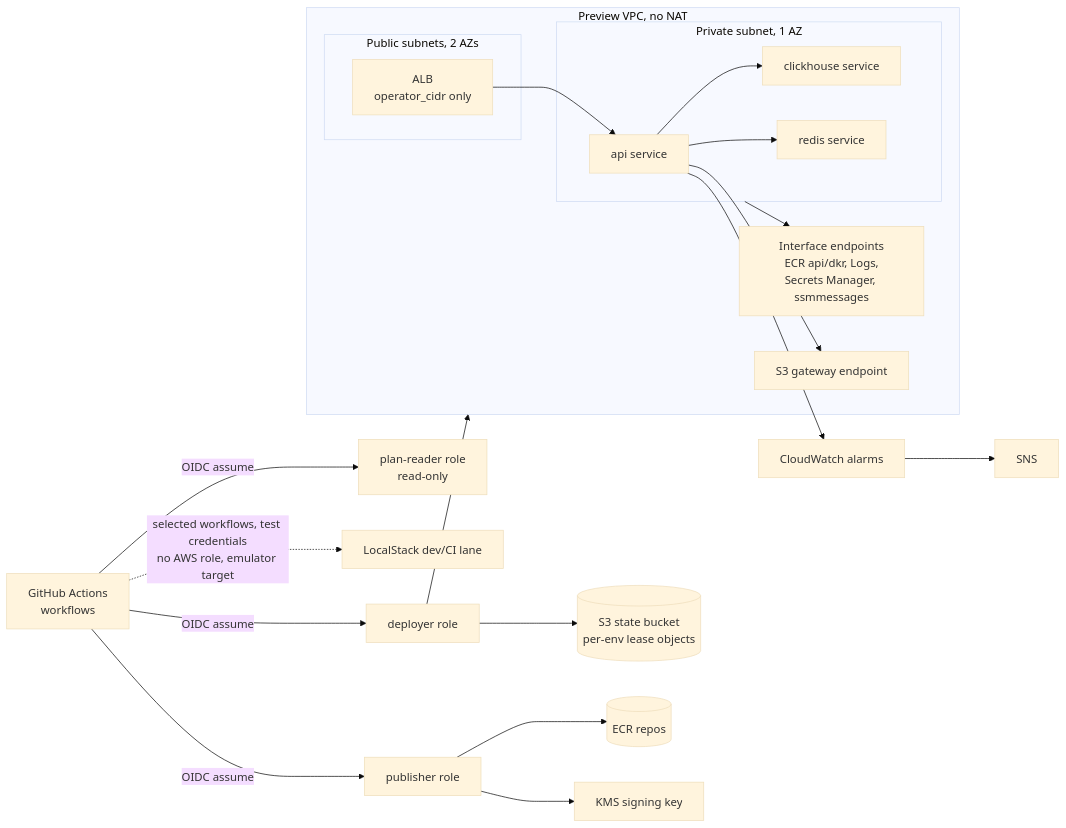
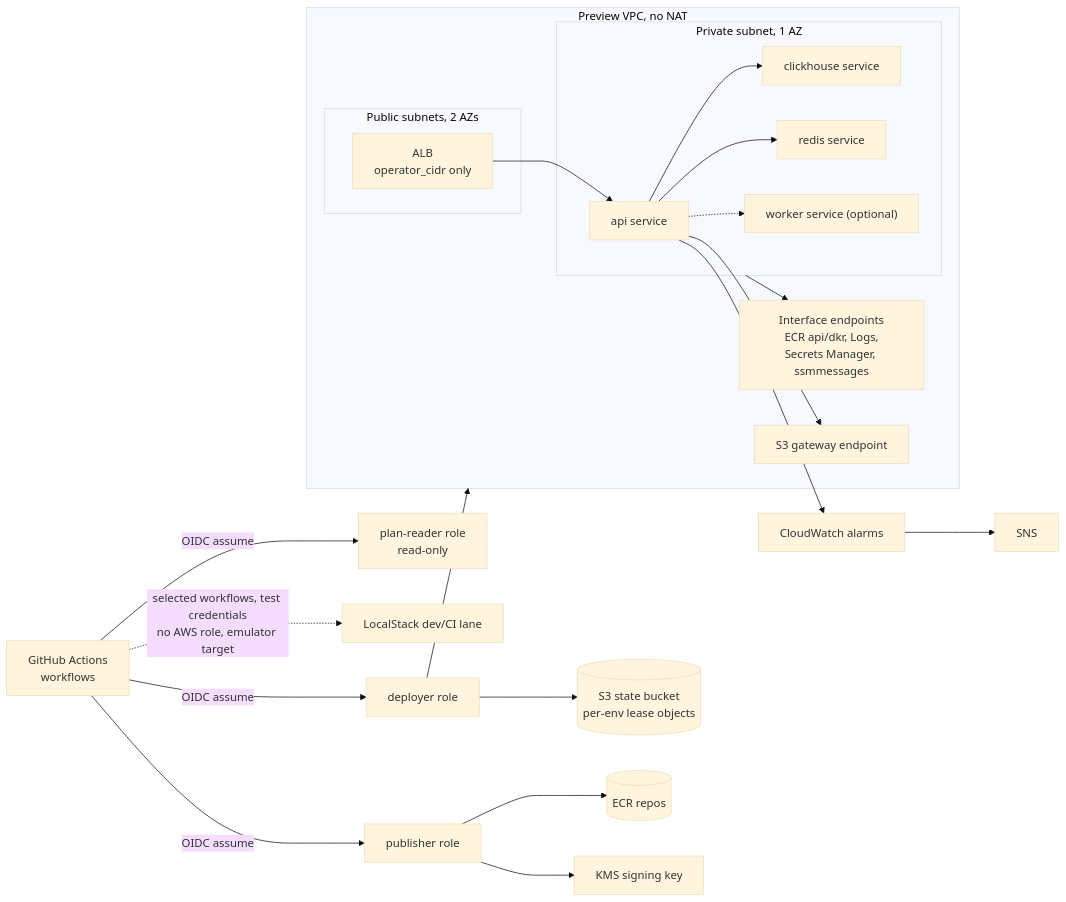
The first of 2 diagrams in README.md (FunnyValentine69/orbit-infra), drawn with Mermaid (base theme) before and after one commit. The commit also changed other lines of this file and 5 other files, not shown here.

````diff
--- a/README.md
+++ b/README.md
@@ -29,29 +29,31 @@
 ```mermaid
 flowchart LR
     gha["GitHub Actions<br/>workflows"] -->|"OIDC assume"| planReader["plan-reader role<br/>read-only"]
     gha -->|"OIDC assume"| deployer["deployer role"]
     gha -->|"OIDC assume"| publisher["publisher role"]
     gha -.->|"selected workflows, test credentials<br/>no AWS role, emulator target"| localstack["LocalStack dev/CI lane"]
     deployer --> leases[("S3 state bucket<br/>per-env lease objects")]
     deployer --> vpc
     publisher --> ecr[("ECR repos")]
     publisher --> kms["KMS signing key"]
     subgraph vpc["Preview VPC, no NAT"]
         subgraph pub["Public subnets, 2 AZs"]
             alb["ALB<br/>operator_cidr only"]
         end
         subgraph priv["Private subnet, 1 AZ"]
             api["api service"]
             ch["clickhouse service"]
             redis["redis service"]
+            worker["worker service (optional)"]
         end
         ep["Interface endpoints<br/>ECR api/dkr, Logs,<br/>Secrets Manager, ssmmessages"]
         gw["S3 gateway endpoint"]
     end
     alb --> api
     api --> ch
     api --> redis
+    api -.-> worker
     api --> gw
     priv --> ep
     api --> alarms["CloudWatch alarms"] --> sns["SNS"]
 ```
````
